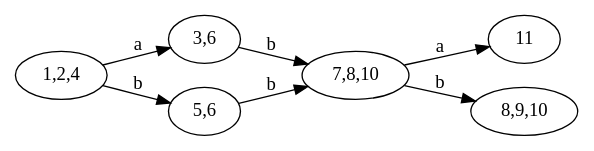
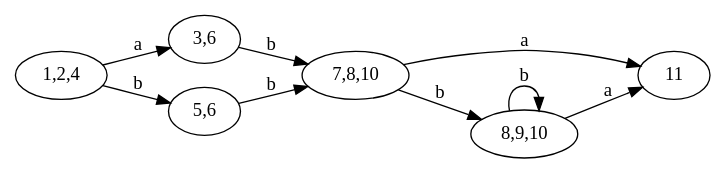
The diagram in regular/e5dfa.dot (NMSU-CS-Cook/CS370-SP2025), drawn with Graphviz before and after one commit. The commit also changed 2 other files, not shown here.

```diff
--- a/regular/e5dfa.dot
+++ b/regular/e5dfa.dot
@@ -1,11 +1,11 @@
 digraph {
-  rankdir = "LR";                 // marked: "1,2,4", "3,6", "5,6", "7,8,10"
-  "1,2,4" -> "3,6" [label="a"];
+  rankdir = "LR";               
+  "1,2,4" -> "3,6" [label="a"]; 
   "1,2,4" -> "5,6" [label="b"];
   "3,6" -> "7,8,10" [label="b"];
   "5,6" -> "7,8,10" [label="b"];
   "7,8,10" -> "11" [label="a"];
   "7,8,10" -> "8,9,10" [label="b"];
-  
-
+  "8,9,10" -> "11" [label="a"];
+  "8,9,10" -> "8,9,10" [label="b"];
 }
```
